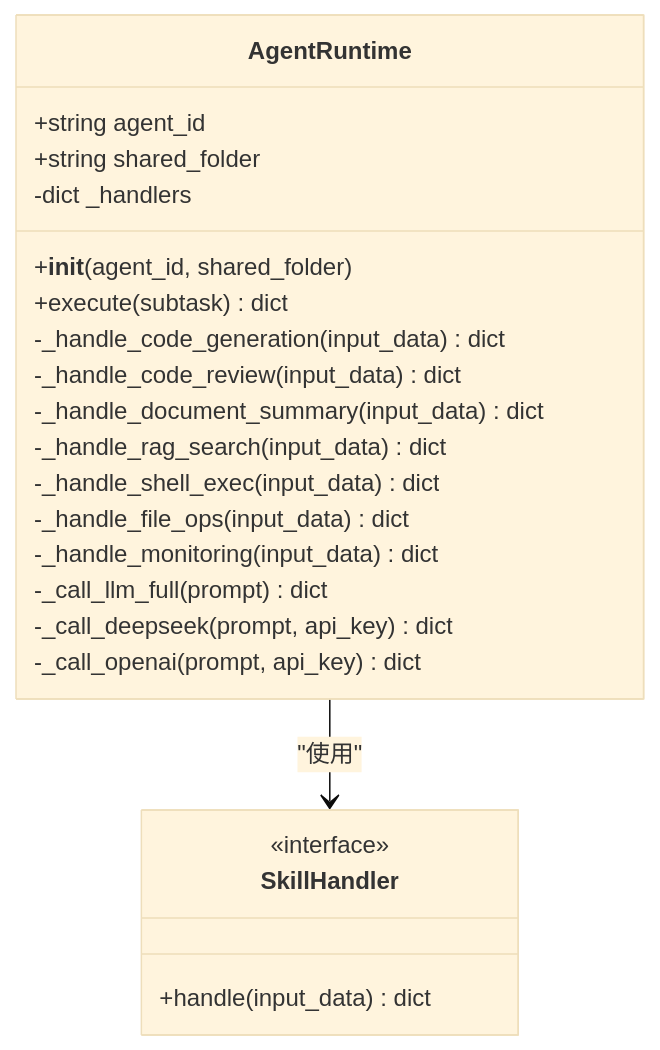
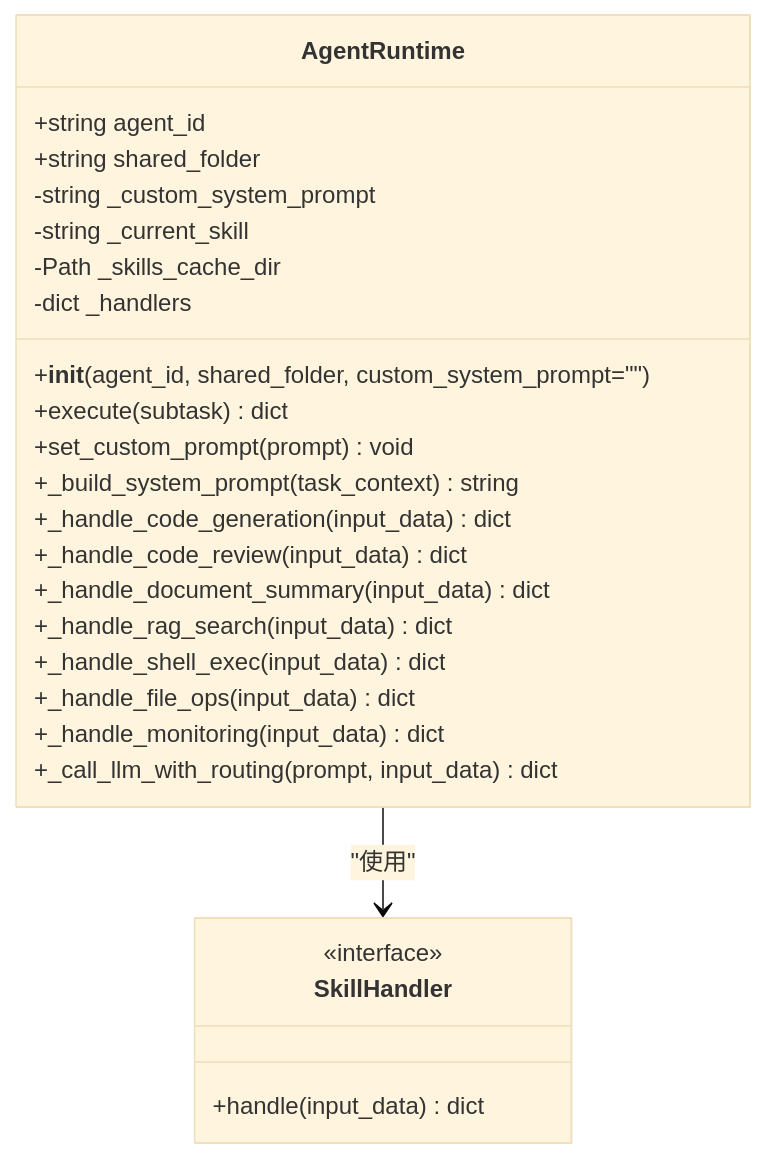
Before and after one commit to targalian/Personal-distributed-workstation: the third of 14 diagrams in .qoder/repowiki/zh/content/架构设计/Worker 代理/Agent 能力声明系统/Agent 运行时管理.md, drawn with Mermaid (base theme). The commit also changed other lines of this file and 60 other files, not shown here.

````diff
--- a/.qoder/repowiki/zh/content/架构设计/Worker 代理/Agent 能力声明系统/Agent 运行时管理.md
+++ b/.qoder/repowiki/zh/content/架构设计/Worker 代理/Agent 能力声明系统/Agent 运行时管理.md
@@ -150,25 +182,28 @@
 ```mermaid
 classDiagram
 class AgentRuntime {
 +string agent_id
 +string shared_folder
+-string _custom_system_prompt
+-string _current_skill
+-Path _skills_cache_dir
 -dict _handlers
-+__init__(agent_id, shared_folder)
++__init__(agent_id, shared_folder, custom_system_prompt="")
 +execute(subtask) dict
--_handle_code_generation(input_data) dict
--_handle_code_review(input_data) dict
--_handle_document_summary(input_data) dict
--_handle_rag_search(input_data) dict
--_handle_shell_exec(input_data) dict
--_handle_file_ops(input_data) dict
--_handle_monitoring(input_data) dict
--_call_llm_full(prompt) dict
--_call_deepseek(prompt, api_key) dict
--_call_openai(prompt, api_key) dict
++set_custom_prompt(prompt) void
++_build_system_prompt(task_context) string
++_handle_code_generation(input_data) dict
++_handle_code_review(input_data) dict
++_handle_document_summary(input_data) dict
++_handle_rag_search(input_data) dict
++_handle_shell_exec(input_data) dict
++_handle_file_ops(input_data) dict
++_handle_monitoring(input_data) dict
++_call_llm_with_routing(prompt, input_data) dict
 }
 class SkillHandler {
 <<interface>>
 +handle(input_data) dict
 }
 AgentRuntime --> SkillHandler : "使用"
 ```
````
